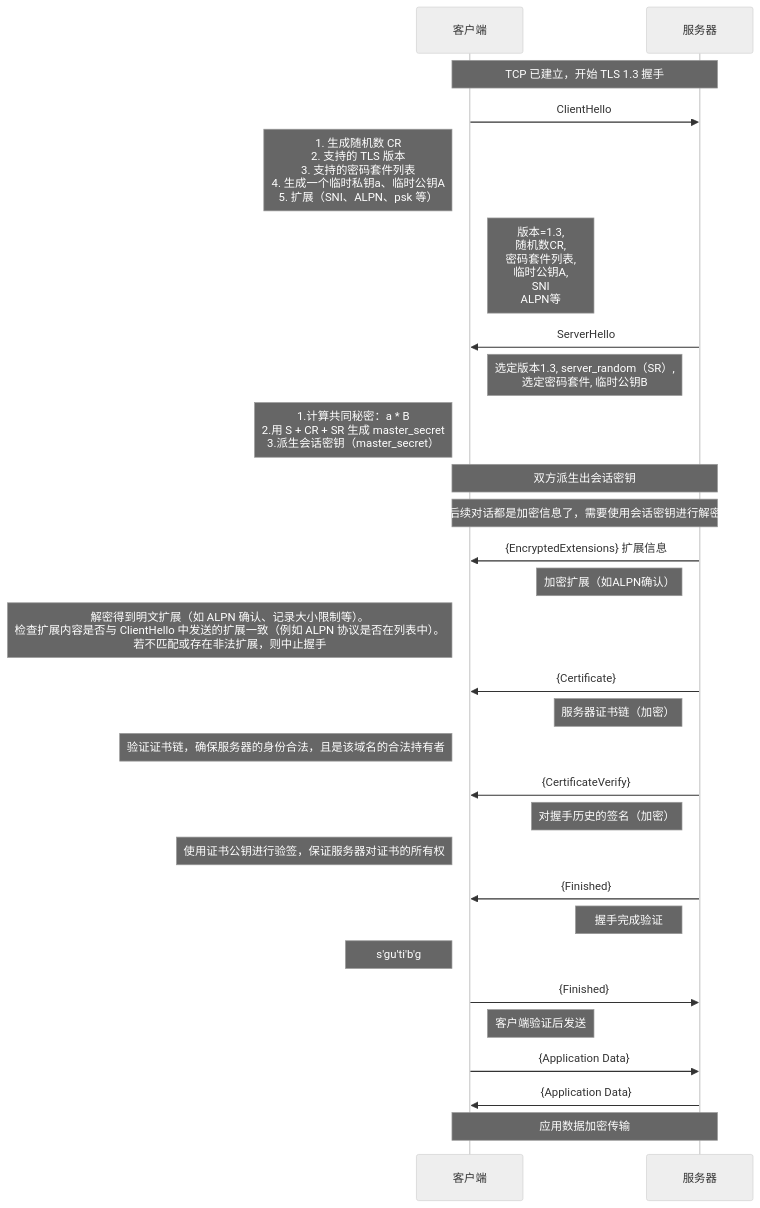
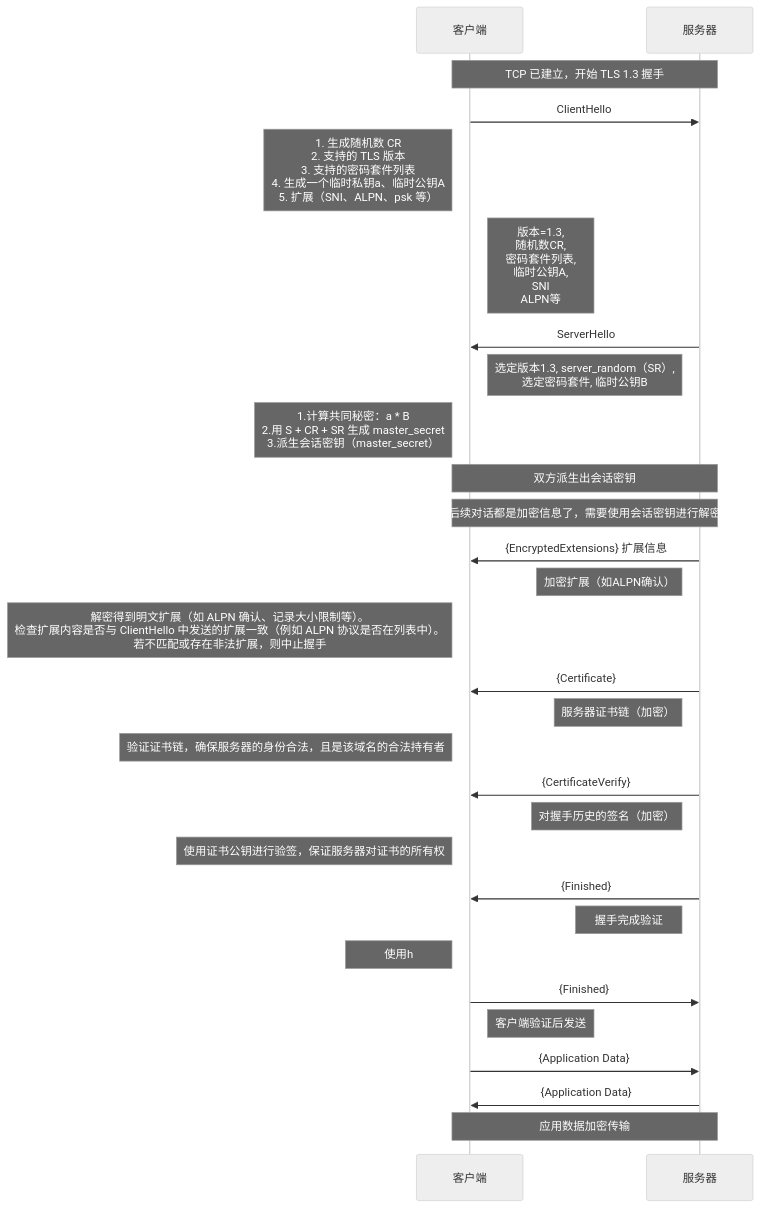
One commit to HY-10-8/iodraw-files changed the diagram in all/TLS-1.3-通用.md. Above: the diagram before and after it, drawn with Mermaid (neutral theme).

Commit message:
2026-03-30 18:58:24 update

````diff
--- a/all/TLS-1.3-通用.md
+++ b/all/TLS-1.3-通用.md
@@ -1,41 +1,41 @@
 ```mermaid
 sequenceDiagram
     participant C as 客户端
     participant S as 服务器
 
     Note over C,S: TCP 已建立，开始 TLS 1.3 握手
 
     C->>S: ClientHello
     Note left of C: 1. 生成随机数 CR<br/> 2. 支持的 TLS 版本<br/> 3. 支持的密码套件列表<br/> 4. 生成一个临时私钥a、临时公钥A<br/> 5. 扩展（SNI、ALPN、psk 等）
     Note right of C: 版本=1.3,<br/> 随机数CR,<br/> 密码套件列表,<br/> 临时公钥A,<br/> SNI<br/> ALPN等
 
     S->>C: ServerHello
     Note left of S: 选定版本1.3, server_random（SR）,<br/> 选定密码套件, 临时公钥B
     Note left of C: 1.计算共同秘密：a * B<br/> 2.用 S + CR + SR 生成 master_secret<br/> 3.派生会话密钥（master_secret）
 
     Note over C,S: 双方派生出会话密钥
     Note over C,S: 后续对话都是加密信息了，需要使用会话密钥进行解密
 
     S->>C: {EncryptedExtensions} 扩展信息
     Note left of S: 加密扩展（如ALPN确认）
     Note left of C: 解密得到明文扩展（如 ALPN 确认、记录大小限制等）。<br/>检查扩展内容是否与 ClientHello 中发送的扩展一致（例如 ALPN 协议是否在列表中）。<br/> 若不匹配或存在非法扩展，则中止握手
 
     S->>C: {Certificate}
     Note left of S: 服务器证书链（加密）
     Note left of C: 验证证书链，确保服务器的身份合法，且是该域名的合法持有者
 
     S->>C: {CertificateVerify}
     Note left of S: 对握手历史的签名（加密）
     Note left of C: 使用证书公钥进行验签，保证服务器对证书的所有权
 
     S->>C: {Finished}
     Note left of S: 握手完成验证
-    Note left of C: s'gu'ti'b'g
+    Note left of C: 使用h
 
     C->>S: {Finished}
     Note right of C: 客户端验证后发送
 
     C->>S: {Application Data}
     S->>C: {Application Data}
     Note over C,S: 应用数据加密传输
 ```
````
